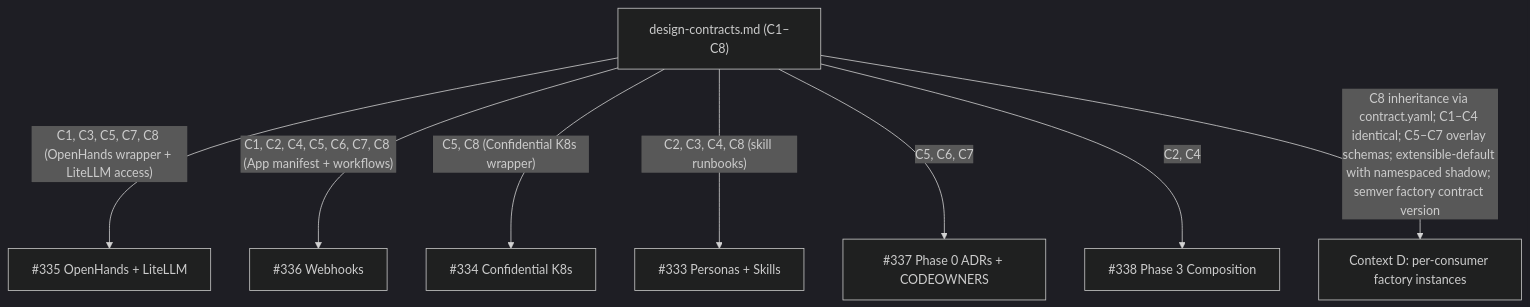
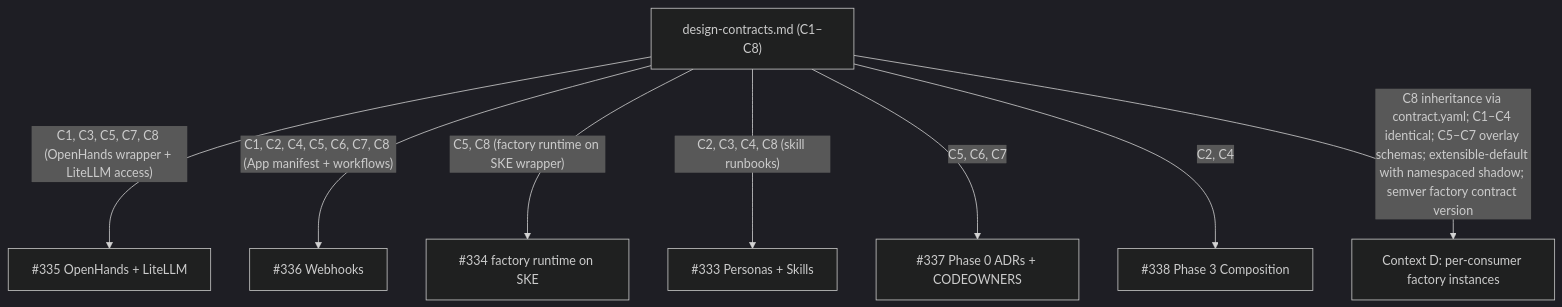
The diagram in docs/blueprint/architecture/decisions/ADR-issue-339-factory-design-contracts.md (sbonoc/stackit-platform-blueprint), drawn with Mermaid (dark theme) before and after one commit. The commit also changed other lines of this file and 3 other files, not shown here.

````diff
--- a/docs/blueprint/architecture/decisions/ADR-issue-339-factory-design-contracts.md
+++ b/docs/blueprint/architecture/decisions/ADR-issue-339-factory-design-contracts.md
@@ -62,11 +62,11 @@
 ```mermaid
 flowchart TD
     Doc["design-contracts.md (C1–C8)"]
     Doc -- "C1, C3, C5, C7, C8 (OpenHands wrapper + LiteLLM access)" --> T335["#335 OpenHands + LiteLLM"]
     Doc -- "C1, C2, C4, C5, C6, C7, C8 (App manifest + workflows)" --> T336["#336 Webhooks"]
-    Doc -- "C5, C8 (Confidential K8s wrapper)" --> T334["#334 Confidential K8s"]
+    Doc -- "C5, C8 (factory runtime on SKE wrapper)" --> T334["#334 factory runtime on SKE"]
     Doc -- "C2, C3, C4, C8 (skill runbooks)" --> T333["#333 Personas + Skills"]
     Doc -- "C5, C6, C7" --> T337["#337 Phase 0 ADRs + CODEOWNERS"]
     Doc -- "C2, C4" --> T338["#338 Phase 3 Composition"]
     Doc -- "C8 inheritance via contract.yaml; C1–C4 identical; C5–C7 overlay schemas; extensible-default with namespaced shadow; semver factory contract version" --> ContextD["Context D: per-consumer factory instances"]
 ```
````
